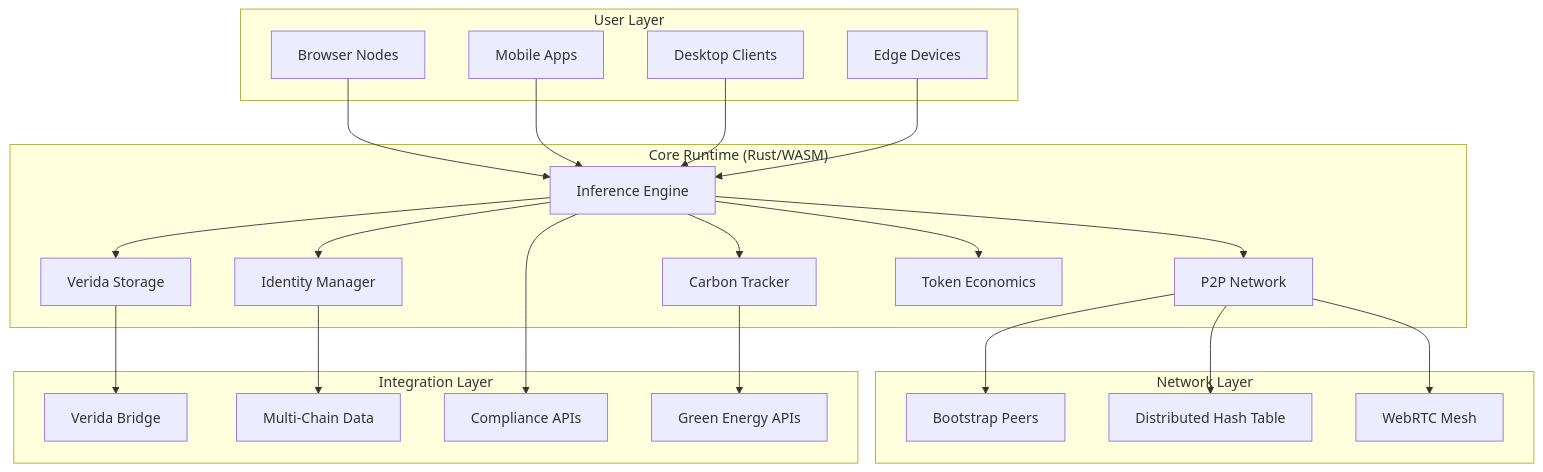
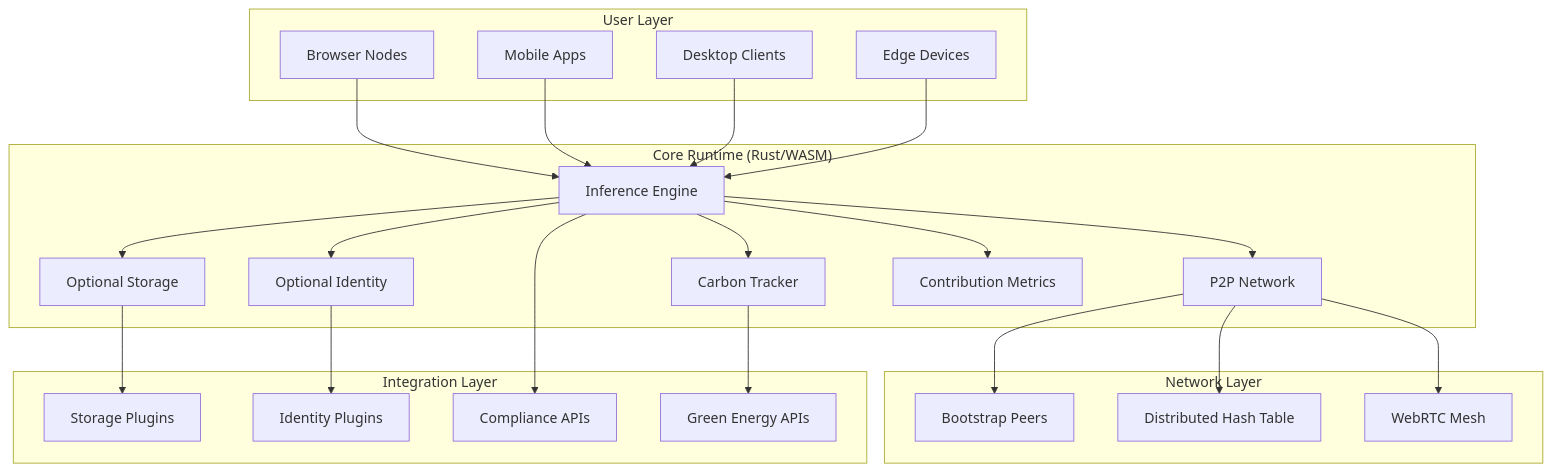
One commit to Kwaai-AI-Lab/KwaaiNet changed the first of 2 diagrams in ARCHITECTURE.md. Above: the diagram before and after it, drawn with Mermaid. The commit also changed other lines of this file and 10 other files, not shown here.

````diff
--- a/ARCHITECTURE.md
+++ b/ARCHITECTURE.md
@@ -26,51 +26,51 @@
 ```mermaid
 graph TB
     subgraph "User Layer"
         Browser[Browser Nodes]
         Mobile[Mobile Apps]
         Desktop[Desktop Clients]
         Embedded[Edge Devices]
     end
     
     subgraph "Core Runtime (Rust/WASM)"
         Engine[Inference Engine]
         P2P[P2P Network]
-        Storage[Verida Storage]
-        Identity[Identity Manager]
+        Storage[Optional Storage]
+        Identity[Optional Identity]
         Carbon[Carbon Tracker]
-        Economics[Token Economics]
+        Metrics[Contribution Metrics]
     end
     
     subgraph "Network Layer"
         Bootstrap[Bootstrap Peers]
         DHT[Distributed Hash Table]
         WebRTC[WebRTC Mesh]
     end
     
     subgraph "Integration Layer"
-        VeridaBridge[Verida Bridge]
-        MultiChain[Multi-Chain Data]
+        StoragePlugins[Storage Plugins]
+        IdentityPlugins[Identity Plugins]
         Compliance[Compliance APIs]
         Environmental[Green Energy APIs]
     end
     
     Browser --> Engine
     Mobile --> Engine
     Desktop --> Engine
     Embedded --> Engine
     
     Engine --> P2P
     Engine --> Storage
     Engine --> Identity
     Engine --> Carbon
-    Engine --> Economics
-    
+    Engine --> Metrics
+
     P2P --> Bootstrap
     P2P --> DHT
     P2P --> WebRTC
-    
-    Storage --> VeridaBridge
-    Identity --> MultiChain
+
+    Storage --> StoragePlugins
+    Identity --> IdentityPlugins
     Engine --> Compliance
     Carbon --> Environmental
 ```
````
